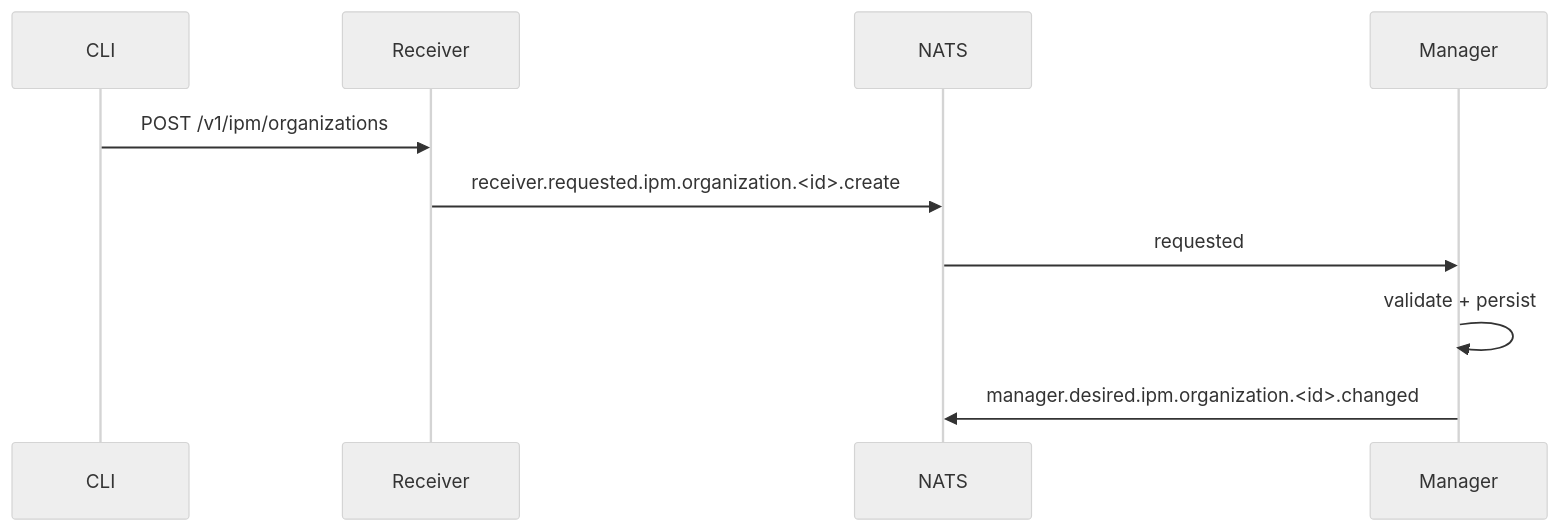
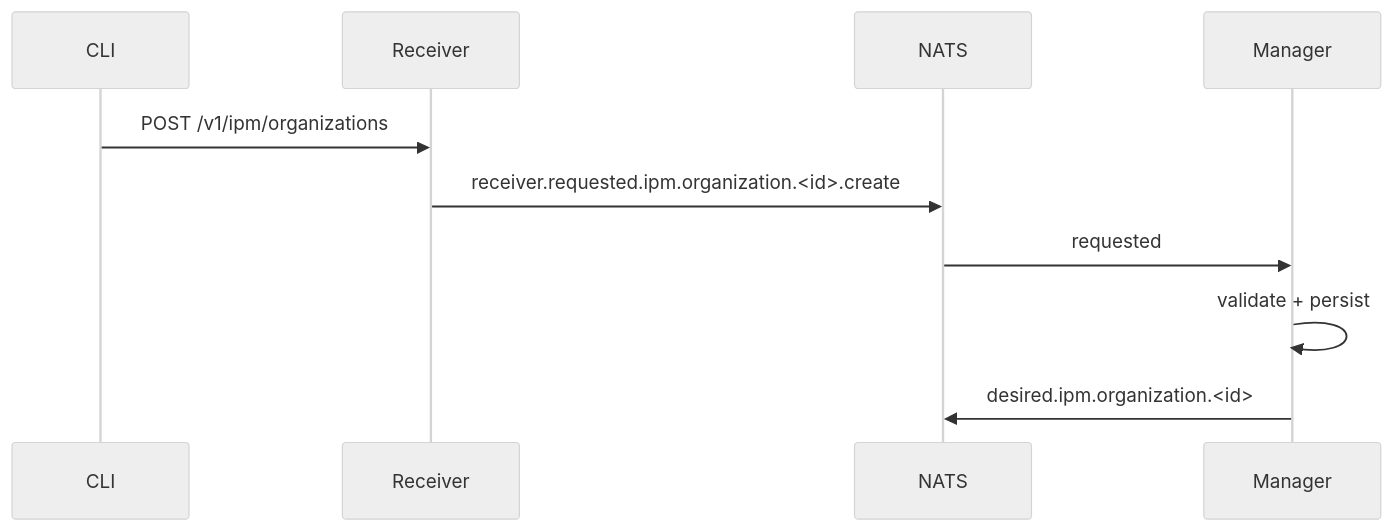
Before and after one commit to danielsabatini/smarkee: the ninth of 18 diagrams in docs/loop/RESOURCE-CONTROL-LOOP.md, drawn with Mermaid (neutral theme). The commit also changed other lines of this file and 81 other files, not shown here.

Commit message:
docs: alinhar documentações e diagramas aos subjects de 4 tokens do NATS

````diff
--- a/docs/loop/RESOURCE-CONTROL-LOOP.md
+++ b/docs/loop/RESOURCE-CONTROL-LOOP.md
@@ -627,13 +627,13 @@
 ```mermaid
 sequenceDiagram
     participant CLI
     participant Receiver
     participant NATS
     participant Manager
 
     CLI->>Receiver: POST /v1/ipm/organizations
     Receiver->>NATS: receiver.requested.ipm.organization.<id>.create
     NATS->>Manager: requested
     Manager->>Manager: validate + persist
-    Manager->>NATS: manager.desired.ipm.organization.<id>.changed
+    Manager->>NATS: desired.ipm.organization.<id>
 ```
````
